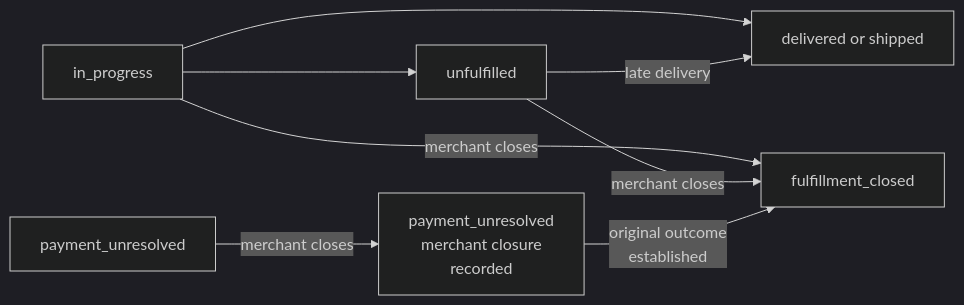
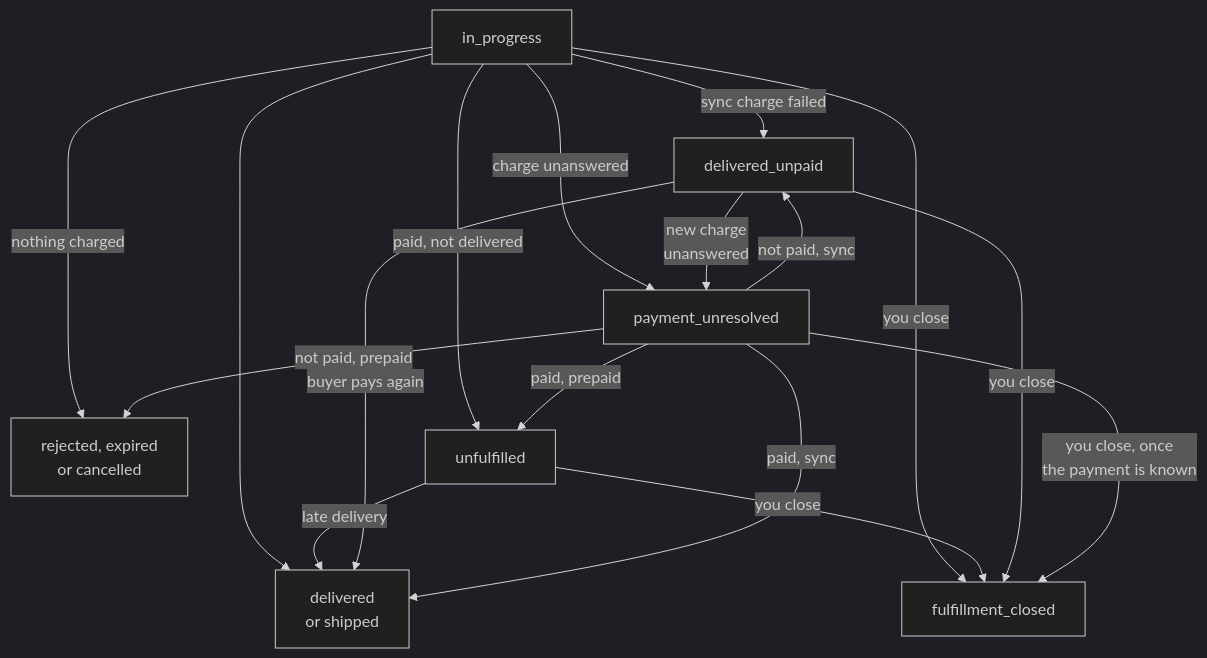
The second of 2 diagrams in apps/docs/orders.md (aftercard/agentify), drawn with Mermaid (dark theme) before and after one commit. The commit also changed other lines of this file and 6 other files, not shown here.

First line of the commit message:
docs(orders): give closure, statuses and recovery one word each

````diff
--- a/apps/docs/orders.md
+++ b/apps/docs/orders.md
@@ -303,12 +354,28 @@
 ```mermaid
-flowchart LR
-    accTitle: Fulfillment status and merchant closure
-    accDescr: A paid order in progress can be delivered or shipped. Refusal or a missed deadline leaves it unfulfilled, and late delivery is still accepted until the merchant closes fulfillment. The merchant can close an order that has not been delivered or shipped. Closure preserves the original payment fact and blocks future Agentify fulfillment. An unknown payment remains payment_unresolved until its original outcome is established, even when merchant closure is recorded.
-    IP["in_progress"] --> U["unfulfilled"]
-    IP --> D["delivered or shipped"]
-    U -- "late delivery" --> D
-    IP -- "merchant closes" --> C["fulfillment_closed"]
-    U -- "merchant closes" --> C
-    PU["payment_unresolved"] -- "merchant closes" --> PC["payment_unresolved<br/>merchant closure<br/>recorded"]
-    PC -- "original outcome<br/>established" --> C
+flowchart TB
+    accTitle: How an order's status changes
+    accDescr: An order starts in_progress. From there it is delivered or shipped; it ends rejected, expired or cancelled with nothing charged; it becomes unfulfilled when it was paid and not delivered in time, refused after the charge, or you left; it becomes delivered_unpaid when a synchronous charge failed after your delivery; and it becomes payment_unresolved when nobody heard whether the charge went through. A late delivery takes an unfulfilled order to delivered or shipped, and a buyer paying again takes a delivered_unpaid order to delivered. A payment_unresolved order moves once the payment is known: paid takes a synchronous order to delivered and an order paid at purchase to unfulfilled, and not paid takes a synchronous order to delivered_unpaid and an order paid at purchase to rejected. A delivered_unpaid order whose new charge goes unanswered becomes payment_unresolved. You can close fulfillment of an order that is in_progress, unfulfilled or delivered_unpaid, which makes it fulfillment_closed; closing a payment_unresolved order keeps that word until the payment is known, and then it reads fulfillment_closed.
+    IP["in_progress"]
+    DS["delivered<br/>or shipped"]
+    NC["rejected, expired<br/>or cancelled"]
+    U["unfulfilled"]
+    DU["delivered_unpaid"]
+    PU["payment_unresolved"]
+    FC["fulfillment_closed"]
+    IP --> DS
+    IP -- "nothing charged" --> NC
+    IP -- "paid, not delivered" --> U
+    IP -- "sync charge failed" --> DU
+    IP -- "charge unanswered" --> PU
+    U -- "late delivery" --> DS
+    DU -- "buyer pays again" --> DS
+    DU -- "new charge<br/>unanswered" --> PU
+    PU -- "paid, sync" --> DS
+    PU -- "paid, prepaid" --> U
+    PU -- "not paid, sync" --> DU
+    PU -- "not paid, prepaid" --> NC
+    IP -- "you close" --> FC
+    U -- "you close" --> FC
+    DU -- "you close" --> FC
+    PU -- "you close, once<br/>the payment is known" --> FC
 ```
````
